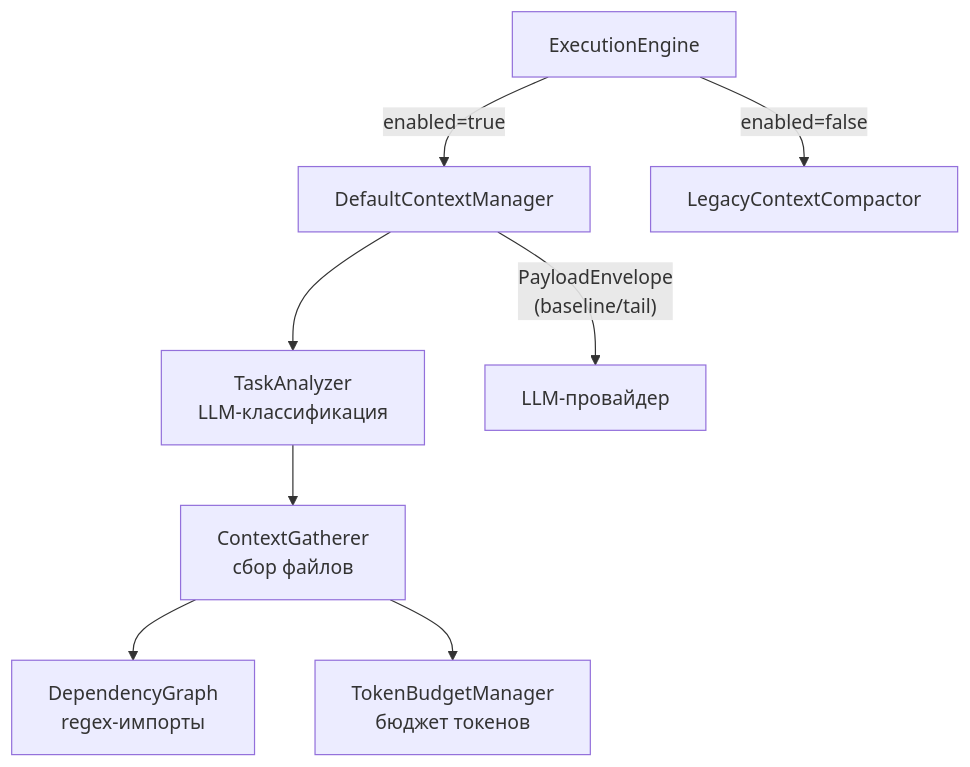
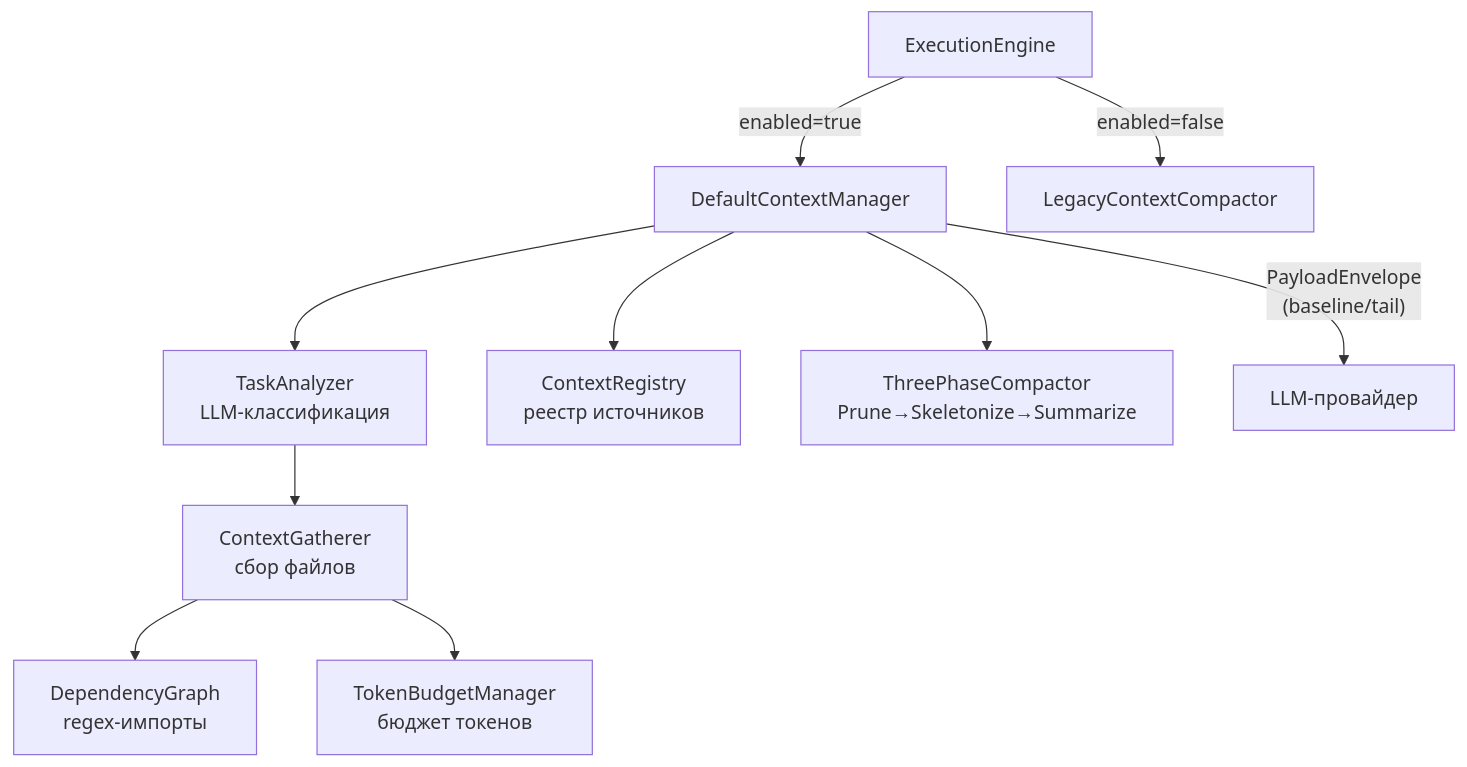
One commit to pese-git/codelab-agent changed the third of 5 diagrams in README.md. Above: the diagram before and after it, drawn with Mermaid. The commit also changed other lines of this file and 15 other files, not shown here.

First line of the commit message:
feat(context): реализовать Phase 3 — 3-фазное сжатие контекста

````diff
--- a/README.md
+++ b/README.md
@@ -528,10 +528,12 @@
 ```mermaid
 graph TD
     EE[ExecutionEngine] -->|"enabled=true"| CM[DefaultContextManager]
     EE -->|"enabled=false"| LC[LegacyContextCompactor]
     CM --> TA[TaskAnalyzer<br/>LLM-классификация]
     TA --> CG[ContextGatherer<br/>сбор файлов]
     CG --> DG[DependencyGraph<br/>regex-импорты]
     CG --> BM[TokenBudgetManager<br/>бюджет токенов]
+    CM --> CR[ContextRegistry<br/>реестр источников]
+    CM --> TC[ThreePhaseCompactor<br/>Prune→Skeletonize→Summarize]
     CM -->|"PayloadEnvelope<br/>(baseline/tail)"| LLM[LLM-провайдер]
 ```
````
